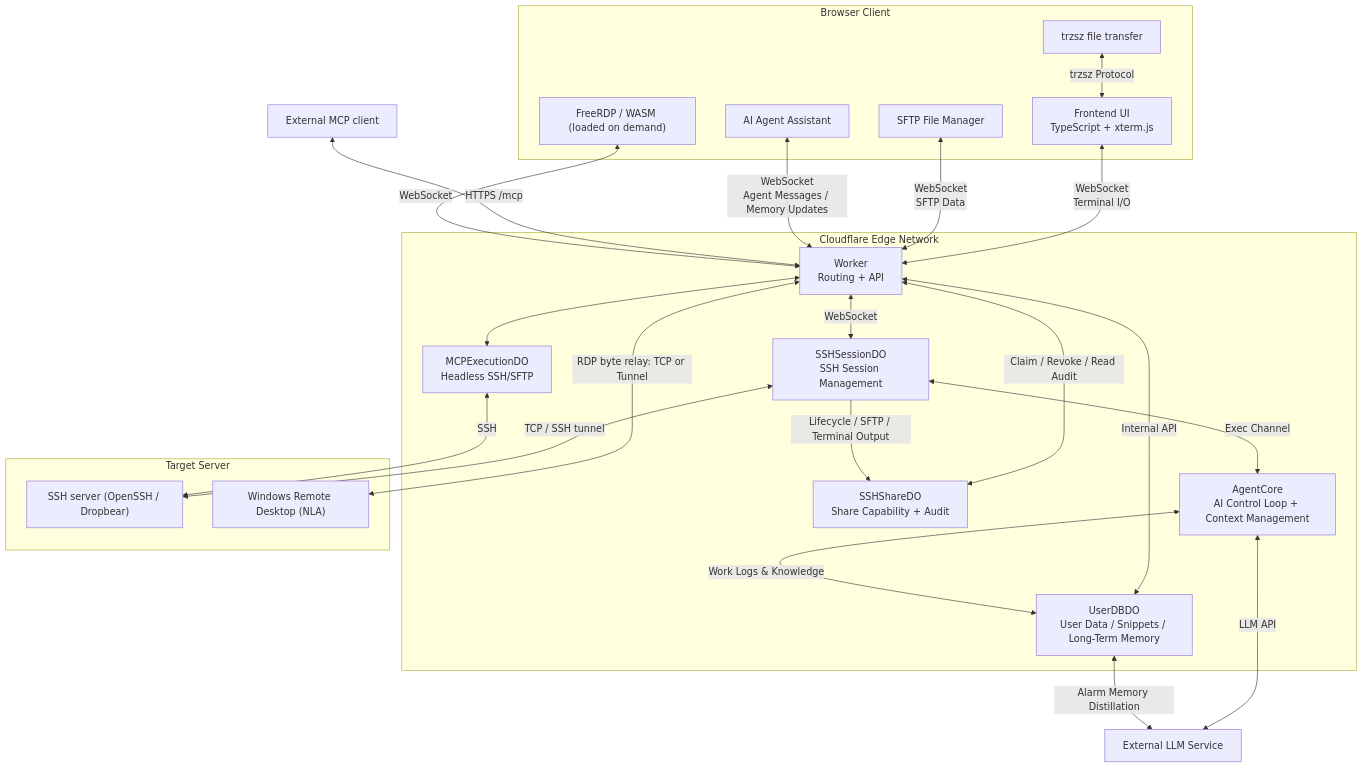
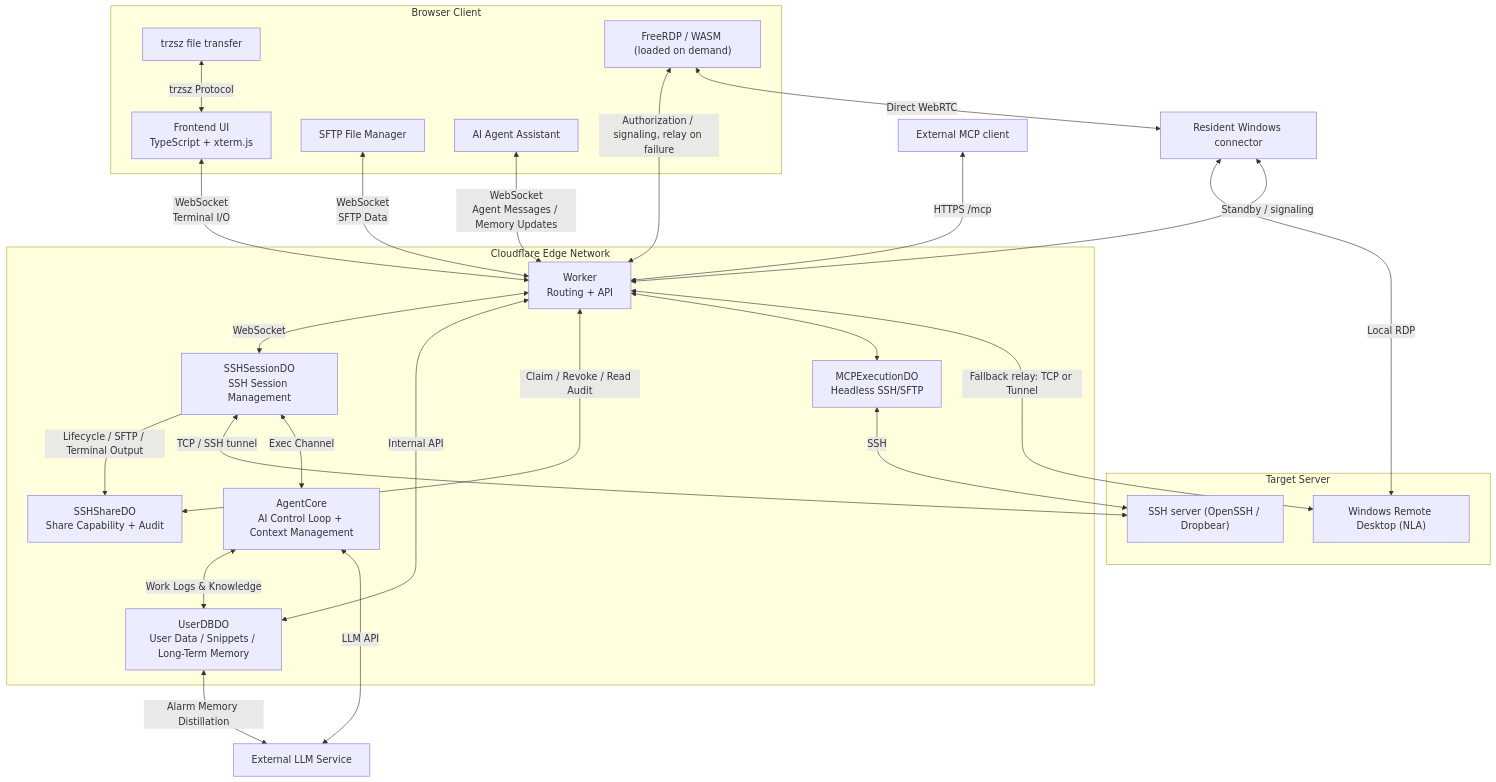
Before and after one commit to newbietan/CloudSSH: the diagram in README_en.md, drawn with Mermaid. The commit also changed other lines of this file and 97 other files, not shown here.

First line of the commit message:
release: 发布 v2.13.0 Windows WebRTC 直连与界面优化版本 (#219)

````diff
--- a/README_en.md
+++ b/README_en.md
@@ -153,43 +153,46 @@
 ```mermaid
 flowchart TB
     subgraph "Browser Client"
         UI["Frontend UI<br/>TypeScript + xterm.js"]
         SFTP["SFTP File Manager"]
         Agent["AI Agent Assistant"]
         Trzsz["trzsz file transfer"]
         RDP["FreeRDP / WASM (loaded on demand)"]
     end
 
     subgraph "Cloudflare Edge Network"
         Worker["Worker<br/>Routing + API"]
         SSH_DO["SSHSessionDO<br/>SSH Session Management"]
         User_DO["UserDBDO<br/>User Data / Snippets / Long-Term Memory"]
         Share_DO["SSHShareDO<br/>Share Capability + Audit"]
         MCP_DO["MCPExecutionDO<br/>Headless SSH/SFTP"]
         AgentCore["AgentCore<br/>AI Control Loop + Context Management"]
     end
 
     subgraph "Target Server"
         SSH["SSH server (OpenSSH / Dropbear)"]
         Windows["Windows Remote Desktop (NLA)"]
     end
 
     UI <-->|"WebSocket<br/>Terminal I/O"| Worker
     SFTP <-->|"WebSocket<br/>SFTP Data"| Worker
     Agent <-->|"WebSocket<br/>Agent Messages / Memory Updates"| Worker
     Trzsz <-->|"trzsz Protocol"| UI
     Worker <-->|"WebSocket"| SSH_DO
     Worker <-->|"Internal API"| User_DO
     Worker <-->|"Claim / Revoke / Read Audit"| Share_DO
     SSH_DO -->|"Lifecycle / SFTP / Terminal Output"| Share_DO
     SSH_DO <-->|"TCP / SSH tunnel"| SSH
     Client["External MCP client"] <-->|"HTTPS /mcp"| Worker
     Worker <--> MCP_DO
     MCP_DO <-->|"SSH"| SSH
-    RDP <-->|"WebSocket"| Worker
-    Worker <-->|"RDP byte relay: TCP or Tunnel"| Windows
+    RDP <-->|"Authorization / signaling, relay on failure"| Worker
+    Worker <-->|"Fallback relay: TCP or Tunnel"| Windows
+    RDP <-->|"Direct WebRTC"| Connector["Resident Windows connector"]
+    Connector <-->|"Local RDP"| Windows
+    Connector <-->|"Standby / signaling"| Worker
     SSH_DO <-->|"Exec Channel"| AgentCore
     AgentCore <-->|"Work Logs & Knowledge"| User_DO
     AgentCore <-->|"LLM API"| External["External LLM Service"]
     User_DO <-->|"Alarm Memory Distillation"| External
 ```
````
